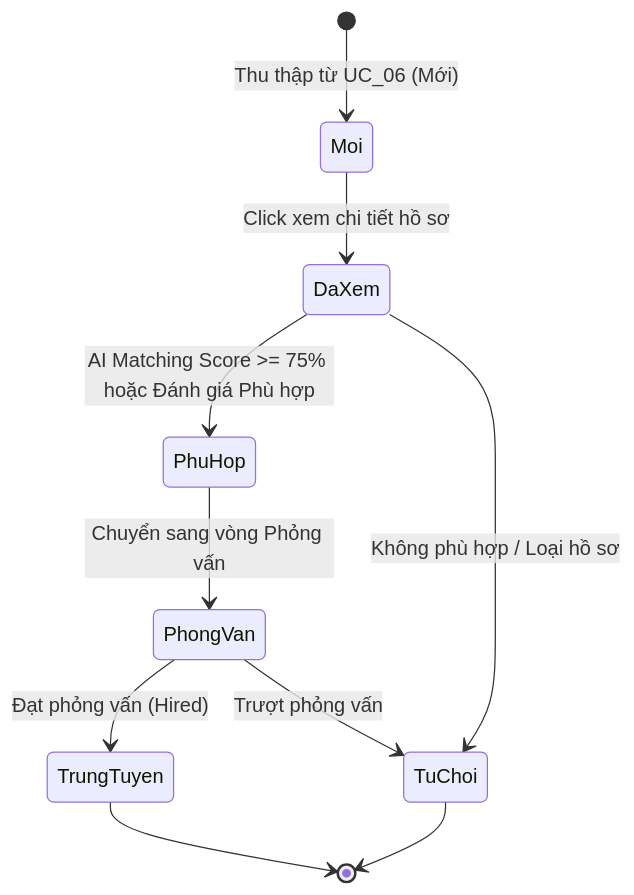
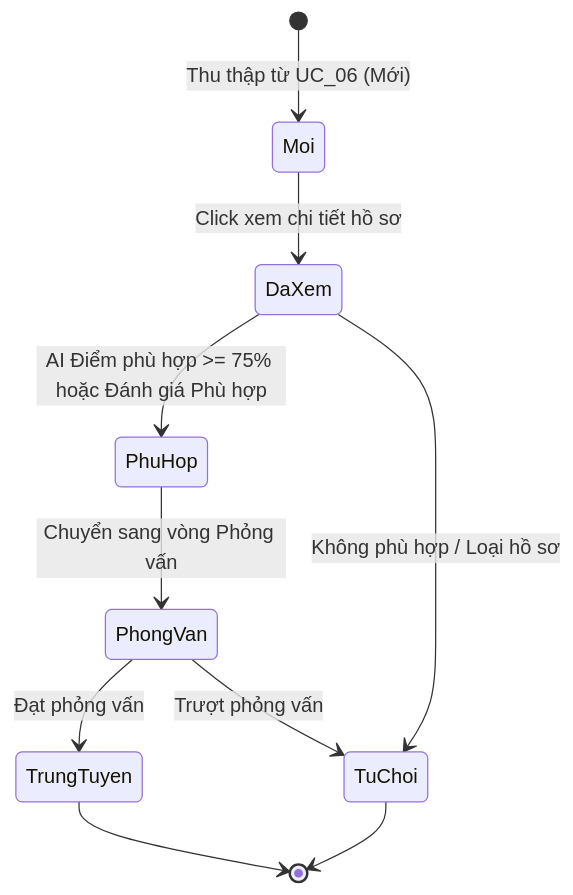
One commit to pvduy23052005/cse462-testing changed the first of 2 diagrams in use-case/TC_UC07_QuanLyVaPhanTichHoSo.md. Above: the diagram before and after it, drawn with Mermaid. The commit also changed other lines of this file and 5 other files, not shown here.

````diff
--- a/use-case/TC_UC07_QuanLyVaPhanTichHoSo.md
+++ b/use-case/TC_UC07_QuanLyVaPhanTichHoSo.md
@@ -123,12 +123,12 @@
 ```mermaid
 stateDiagram-v2
     [*] --> Moi: Thu thập từ UC_06 (Mới)
     Moi --> DaXem: Click xem chi tiết hồ sơ
-    DaXem --> PhuHop: AI Matching Score >= 75% hoặc Đánh giá Phù hợp
+    DaXem --> PhuHop: AI Điểm phù hợp >= 75% hoặc Đánh giá Phù hợp
     DaXem --> TuChoi: Không phù hợp / Loại hồ sơ
     PhuHop --> PhongVan: Chuyển sang vòng Phỏng vấn
-    PhongVan --> TrungTuyen: Đạt phỏng vấn (Hired)
+    PhongVan --> TrungTuyen: Đạt phỏng vấn 
     PhongVan --> TuChoi: Trượt phỏng vấn
     TrungTuyen --> [*]
     TuChoi --> [*]
 ```
````
